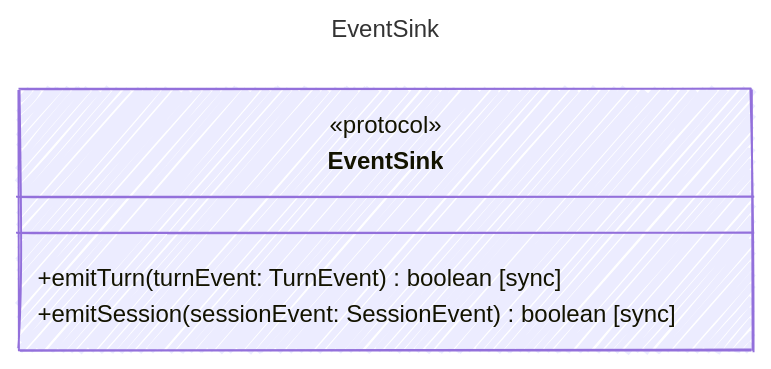
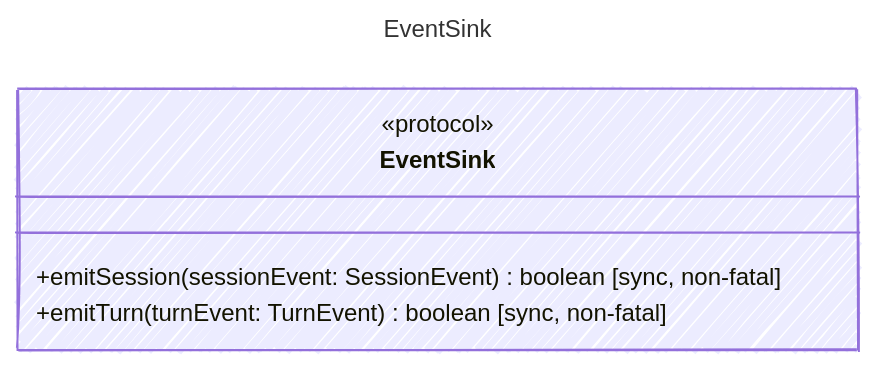
One commit to microsoft/prompty changed the diagram in web/src/content/docs/reference/EventSink.md. Above: the diagram before and after it, drawn with Mermaid. The commit also changed other lines of this file and 1472 other files, not shown here.

````diff
--- a/web/src/content/docs/reference/EventSink.md
+++ b/web/src/content/docs/reference/EventSink.md
@@ -12,16 +12,16 @@
 ```mermaid
 ---
 title: EventSink
 config:
   look: handDrawn
   theme: colorful
   class:
     hideEmptyMembersBox: true
 ---
 classDiagram
     class EventSink {
       <<protocol>>
-        +emitTurn(turnEvent: TurnEvent) boolean [sync]
-        +emitSession(sessionEvent: SessionEvent) boolean [sync]
+        +emitSession(sessionEvent: SessionEvent) boolean [sync, non-fatal]
+        +emitTurn(turnEvent: TurnEvent) boolean [sync, non-fatal]
     }
 ```
````
